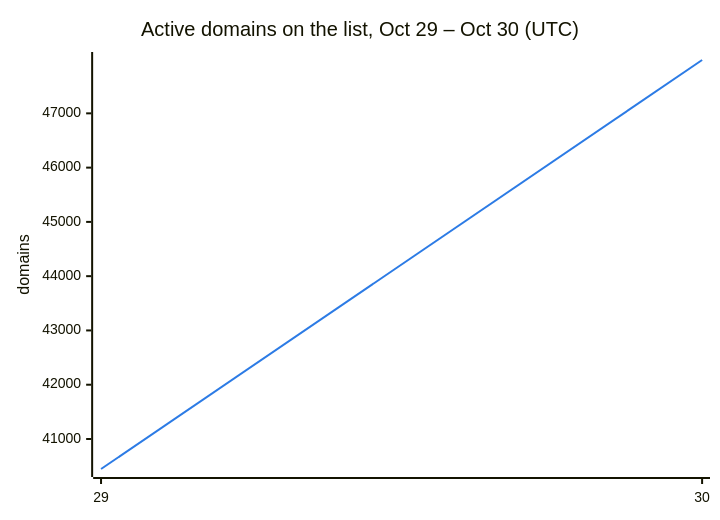
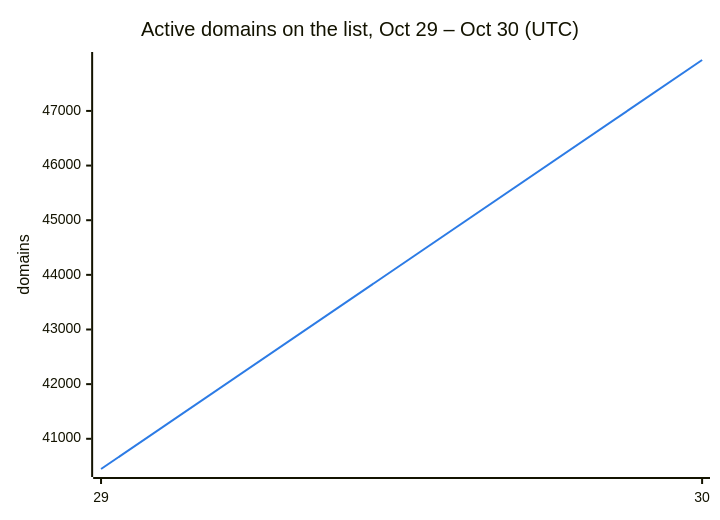
Before and after one commit to DNSBunker/CTI: the second of 3 diagrams in README.md, drawn with Mermaid. The commit also changed other lines of this file and 3 other files, not shown here.

````diff
--- a/README.md
+++ b/README.md
@@ -38,8 +38,8 @@
 ```mermaid
 %%{init: {"themeVariables": {"xyChart": {"plotColorPalette": "#2c7be5"}}}}%%
 xychart-beta
     title "Active domains on the list, Oct 29 – Oct 30 (UTC)"
     x-axis ["29", "30"]
     y-axis "domains"
-    line [40447, 47983]
+    line [40447, 47932]
 ```
````
